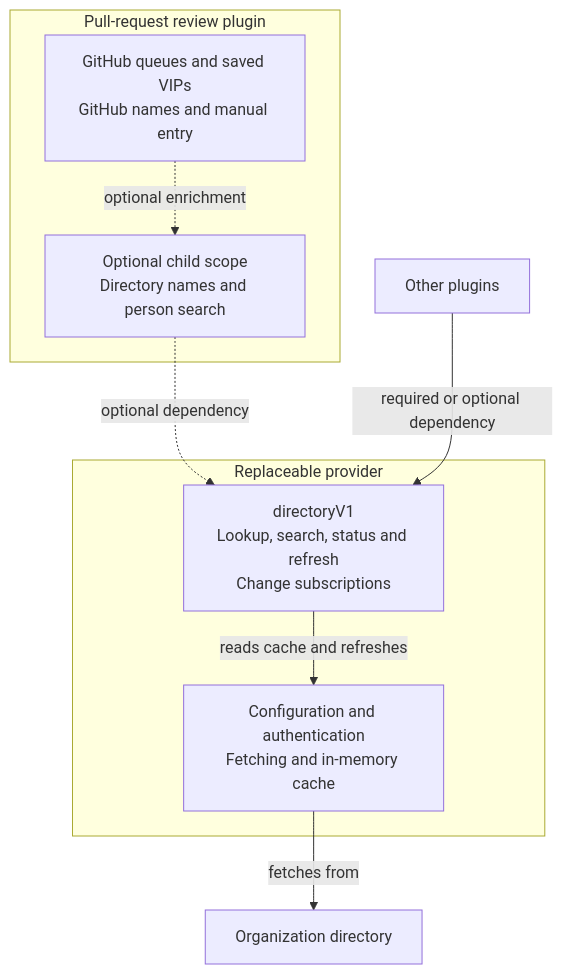
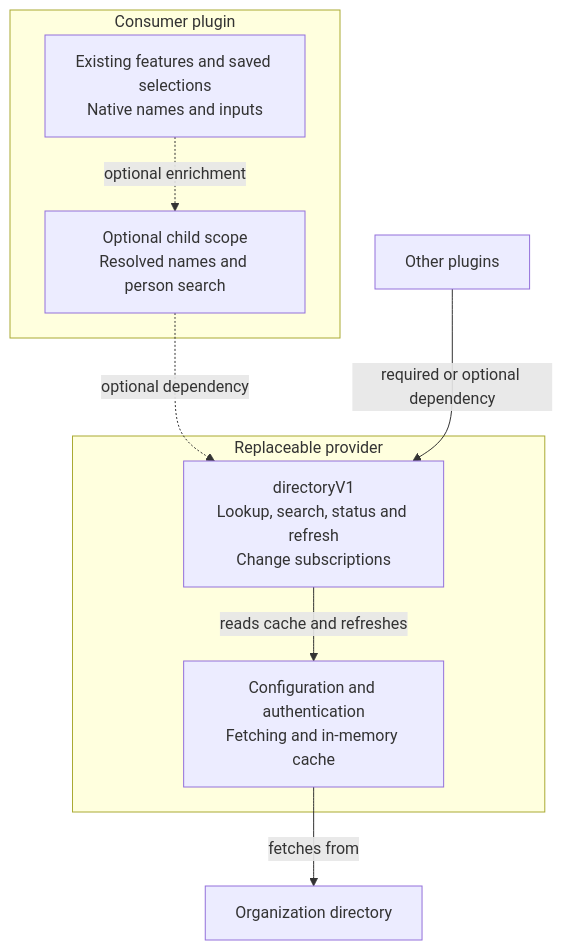
Before and after one commit to block/buzz-app: the diagram in docs/shared-directory-service.md, drawn with Mermaid. The commit also changed other lines of this file, not shown here.

Commit message:
docs: Describe shared person discovery and identity resolution

````diff
--- a/docs/shared-directory-service.md
+++ b/docs/shared-directory-service.md
@@ -30,19 +37,19 @@
 ```mermaid
 flowchart TB
   source["Organization directory"]
 
   subgraph provider["Replaceable provider"]
     providerData["Configuration and authentication<br/>Fetching and in-memory cache"]
     service["directoryV1<br/>Lookup, search, status and refresh<br/>Change subscriptions"]
     service -->|reads cache and refreshes| providerData
   end
   providerData -->|fetches from| source
 
-  subgraph reviewPlugin["Pull-request review plugin"]
-    core["GitHub queues and saved VIPs<br/>GitHub names and manual entry"]
-    enrichment["Optional child scope<br/>Directory names and person search"]
+  subgraph consumerPlugin["Consumer plugin"]
+    core["Existing features and saved selections<br/>Native names and inputs"]
+    enrichment["Optional child scope<br/>Resolved names and person search"]
     core -.->|optional enrichment| enrichment
   end
   enrichment -.->|optional dependency| service
   consumers["Other plugins"] -->|required or optional dependency| service
 ```
````
